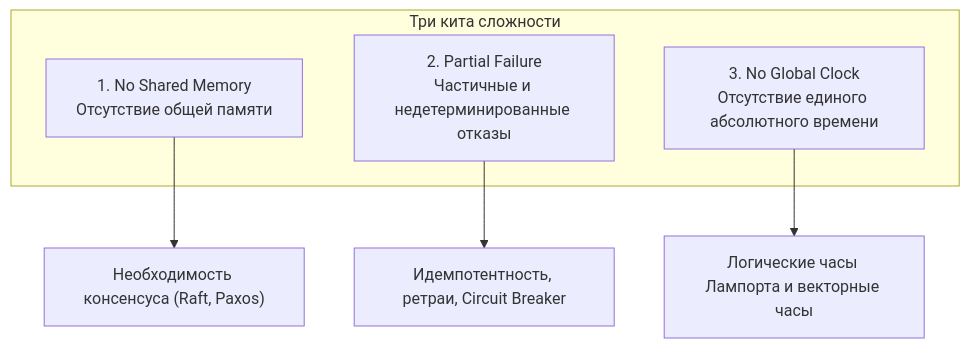
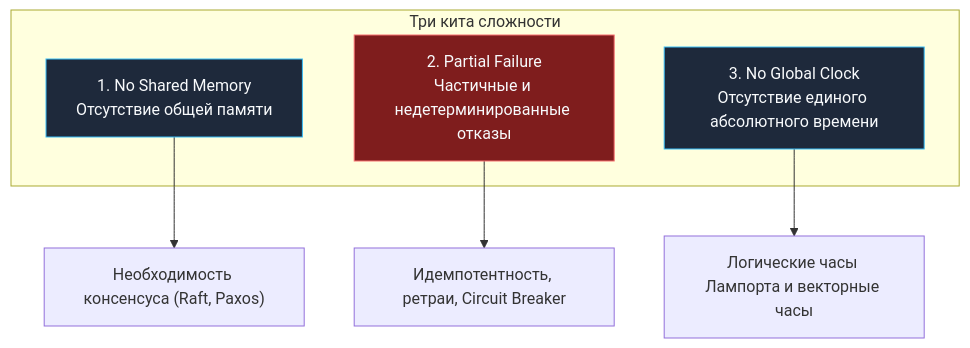
The second of 3 diagrams in sources/14. Распределенные системы на Go/01. Основы/1. Обзор раздела. Почему распределенные системы сложны.md (UnrealTemplier/go-textbook), drawn with Mermaid before and after one commit. The commit also changed other lines of this file and 1666 other files, not shown here.

First line of the commit message:
feat(mermaid): add semantic color classDef to 1369 colorless flowchart/graph diagrams

````diff
--- a/sources/14. Распределенные системы на Go/01. Основы/1. Обзор раздела. Почему распределенные системы сложны.md
+++ b/sources/14. Распределенные системы на Go/01. Основы/1. Обзор раздела. Почему распределенные системы сложны.md
@@ -74,11 +84,21 @@
 ```mermaid
 flowchart TD
+    classDef process  fill:#1e293b,stroke:#38bdf8,stroke-width:1px,color:#f8fafc
+    classDef success  fill:#064e3b,stroke:#34d399,stroke-width:1px,color:#f8fafc
+    classDef error    fill:#7f1d1d,stroke:#f87171,stroke-width:1px,color:#f8fafc
+    classDef warning  fill:#78350f,stroke:#fbbf24,stroke-width:1px,color:#f8fafc
+    classDef entry    fill:#1e3a5f,stroke:#38bdf8,stroke-width:2px,color:#f8fafc
+    classDef aux      fill:#334155,stroke:#64748b,stroke-width:1px,color:#f8fafc
+    classDef system   fill:#312e81,stroke:#a78bfa,stroke-width:1px,color:#f8fafc
+    classDef data     fill:#132d29,stroke:#2dd4bf,stroke-width:1px,color:#f8fafc
+    classDef network  fill:#881337,stroke:#fb7185,stroke-width:1px,color:#f8fafc
+    classDef accent   fill:#1e1b4b,stroke:#818cf8,stroke-width:1px,color:#f8fafc
     subgraph "Три кита сложности"
-        K1["1. No Shared Memory<br>Отсутствие общей памяти"]
-        K2["2. Partial Failure<br>Частичные и недетерминированные отказы"]
-        K3["3. No Global Clock<br>Отсутствие единого абсолютного времени"]
+        K1["1. No Shared Memory<br>Отсутствие общей памяти"]:::process
+        K2["2. Partial Failure<br>Частичные и недетерминированные отказы"]:::error
+        K3["3. No Global Clock<br>Отсутствие единого абсолютного времени"]:::process
     end
     K1 --> Consensus["Необходимость консенсуса (Raft, Paxos)"]
     K2 --> Reliability["Идемпотентность, ретраи, Circuit Breaker"]
     K3 --> Ordering["Логические часы Лампорта и векторные часы"]
 ```
````
